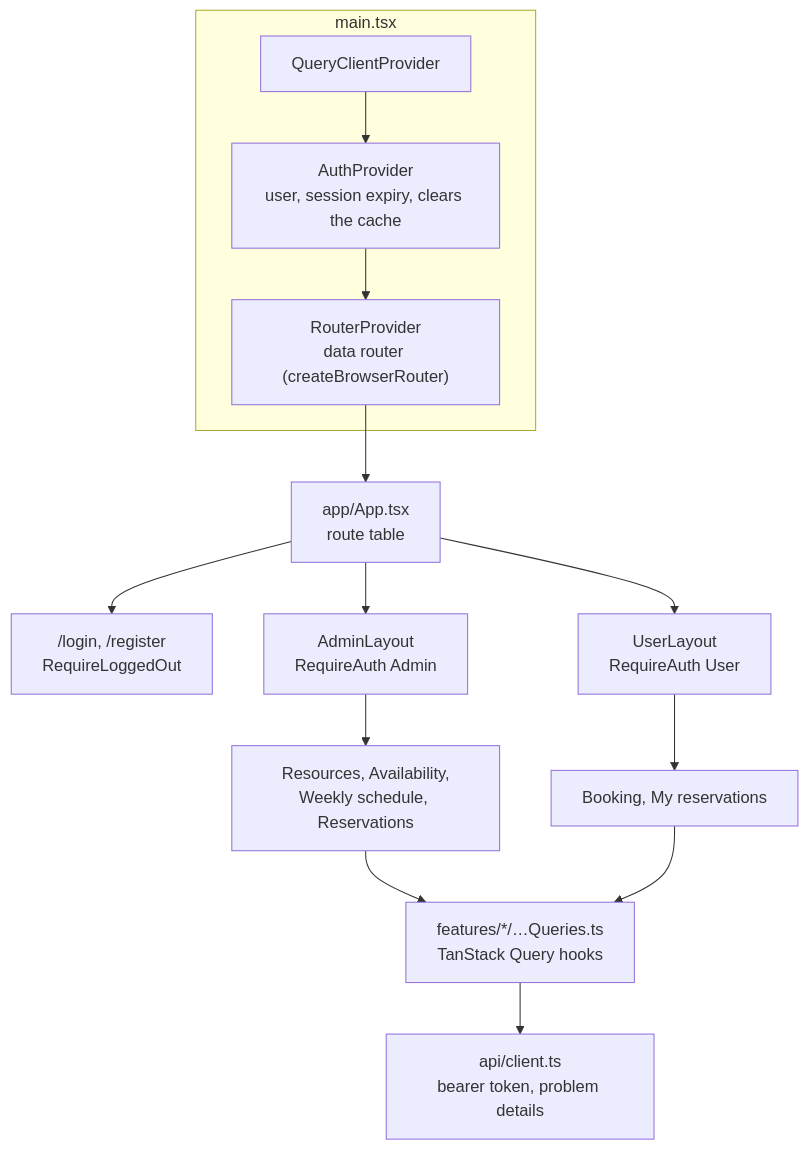
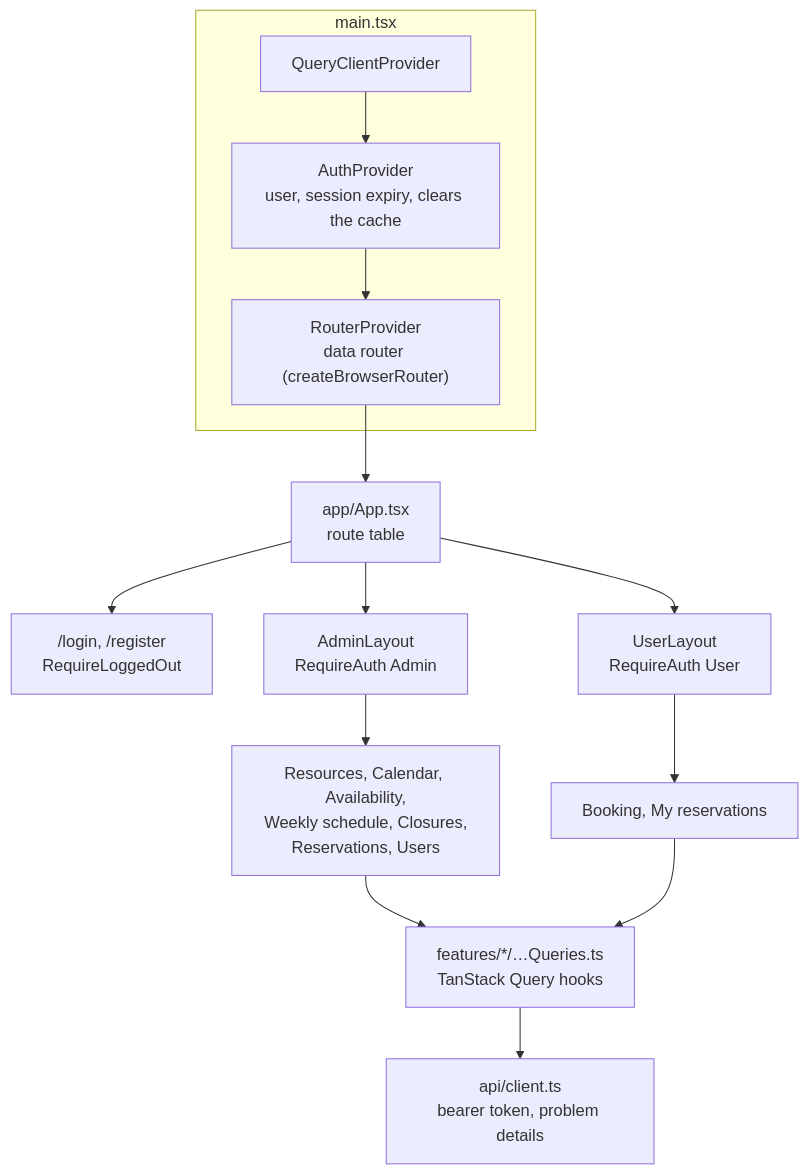
The fourth of 4 diagrams in docs/architecture.md (Andershgras/resource-reservation-system), drawn with Mermaid before and after one commit. The commit also changed other lines of this file and 10 other files, not shown here.

````diff
--- a/docs/architecture.md
+++ b/docs/architecture.md
@@ -202,24 +207,24 @@
 ```mermaid
 flowchart TB
     subgraph Providers["main.tsx"]
         QC[QueryClientProvider]
         AP["AuthProvider<br/>user, session expiry, clears the cache"]
         BR["RouterProvider<br/>data router (createBrowserRouter)"]
     end
     App["app/App.tsx<br/>route table"]
     Login["/login, /register<br/>RequireLoggedOut"]
     Admin["AdminLayout<br/>RequireAuth Admin"]
     User["UserLayout<br/>RequireAuth User"]
-    AdminPages["Resources, Availability,<br/>Weekly schedule, Reservations"]
+    AdminPages["Resources, Calendar, Availability,<br/>Weekly schedule, Closures,<br/>Reservations, Users"]
     UserPages["Booking, My reservations"]
     Hooks["features/*/…Queries.ts<br/>TanStack Query hooks"]
     Api["api/client.ts<br/>bearer token, problem details"]
 
     QC --> AP --> BR --> App
     App --> Login
     App --> Admin --> AdminPages
     App --> User --> UserPages
     AdminPages --> Hooks
     UserPages --> Hooks
     Hooks --> Api
 ```
````
